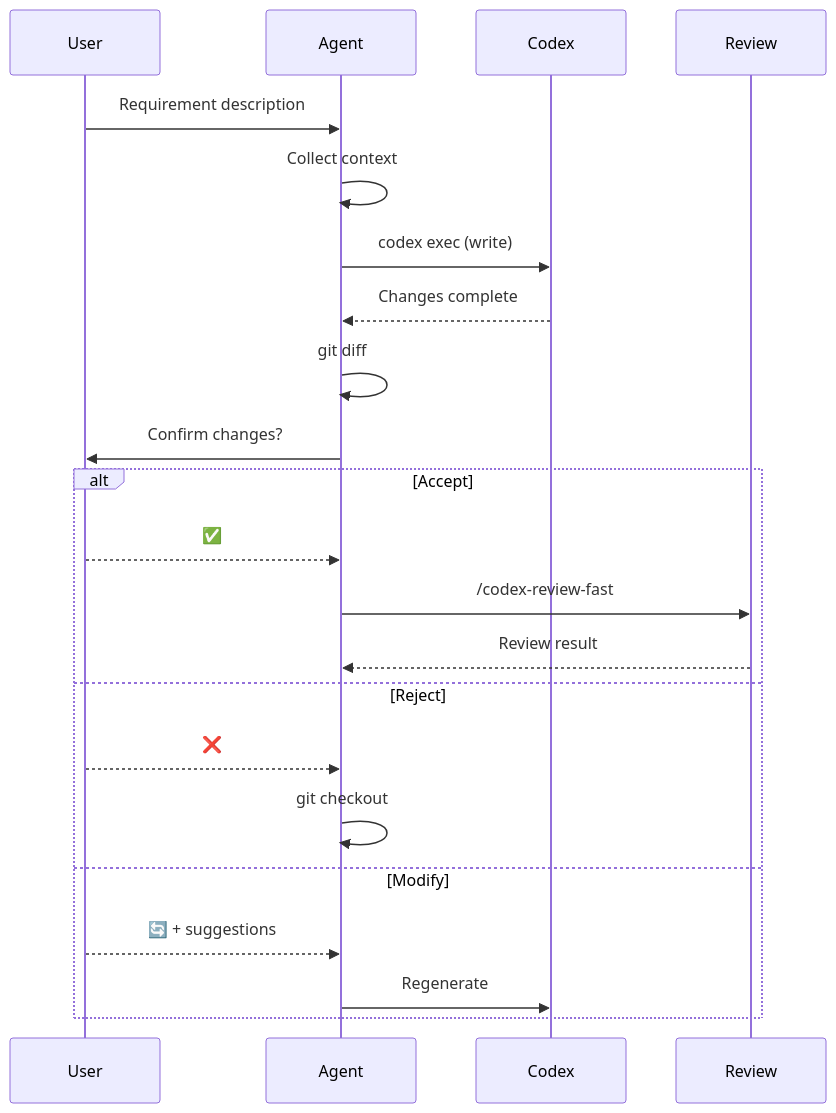
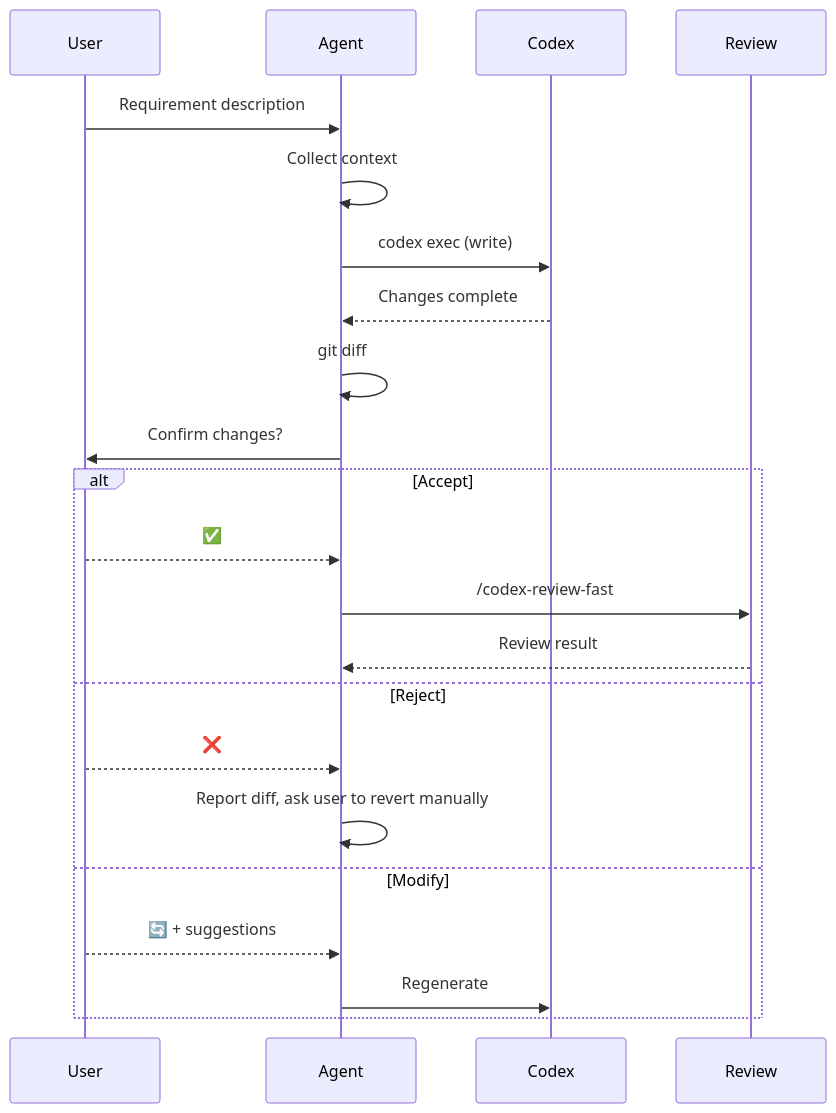
The diagram in agents/codex-implementer.md (jupiter-Pulin/plugin-repo), drawn with Mermaid before and after one commit. The commit also changed other lines of this file and 21 other files, not shown here.

Commit message:
docs: add entity-centric architecture support across plugin docs and skills

````diff
--- a/agents/codex-implementer.md
+++ b/agents/codex-implementer.md
@@ -12,25 +12,25 @@
 ```mermaid
 sequenceDiagram
     participant U as User
     participant A as Agent
     participant X as Codex
     participant R as Review
 
     U->>A: Requirement description
     A->>A: Collect context
     A->>X: codex exec (write)
     X-->>A: Changes complete
     A->>A: git diff
     A->>U: Confirm changes?
     alt Accept
         U-->>A: ✅
         A->>R: /codex-review-fast
         R-->>A: Review result
     else Reject
         U-->>A: ❌
-        A->>A: git checkout
+        A->>A: Report diff, ask user to revert manually
     else Modify
         U-->>A: 🔄 + suggestions
         A->>X: Regenerate
     end
 ```
````
